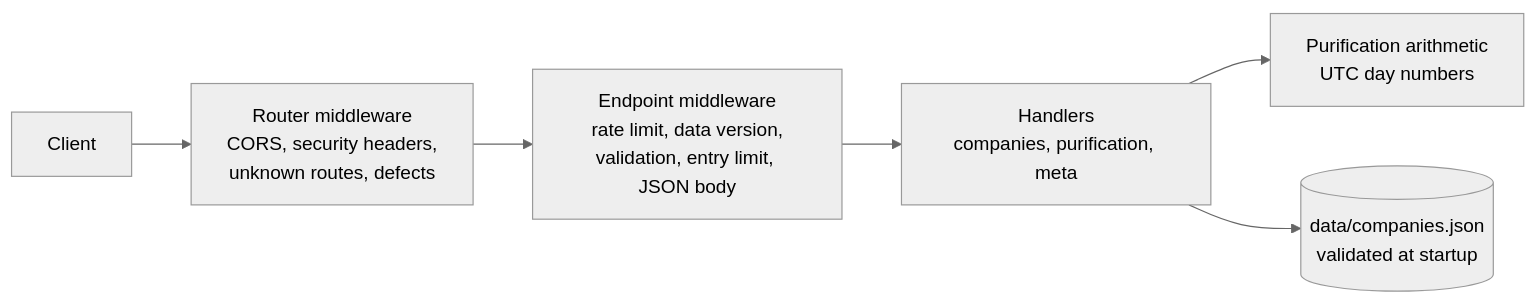
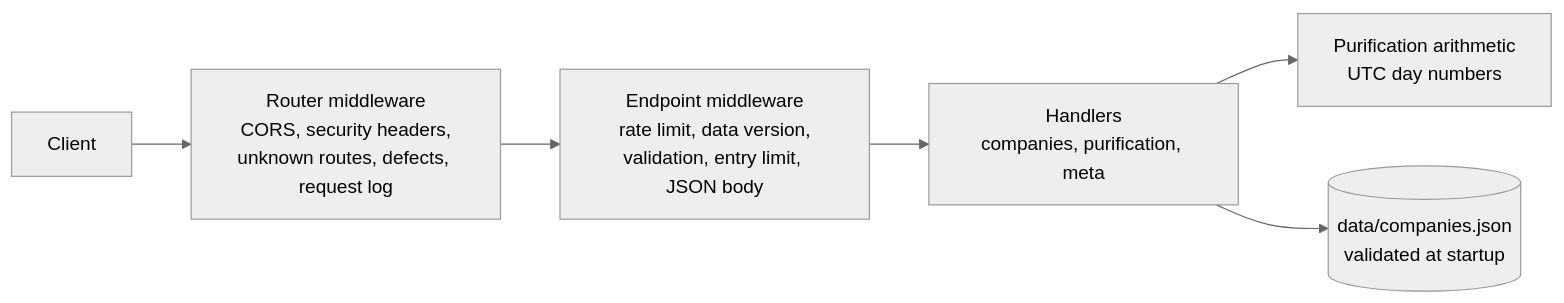
The diagram in README.md (raaqimorg/naqua-api), drawn with Mermaid (neutral theme) before and after one commit. The commit also changed other lines of this file and 9 other files, not shown here.

First line of the commit message:
Log each request as one structured line, with optional OTLP export (#15)

````diff
--- a/README.md
+++ b/README.md
@@ -200,8 +210,8 @@
 ```mermaid
 flowchart LR
-    client["Client"] --> router["Router middleware<br/>CORS, security headers,<br/>unknown routes, defects"]
+    client["Client"] --> router["Router middleware<br/>CORS, security headers,<br/>unknown routes, defects, request log"]
     router --> mw["Endpoint middleware<br/>rate limit, data version,<br/>validation, entry limit, JSON body"]
     mw --> handlers["Handlers<br/>companies, purification, meta"]
     handlers --> domain["Purification arithmetic<br/>UTC day numbers"]
     handlers --> dataset[("data/companies.json<br/>validated at startup")]
 ```
````
